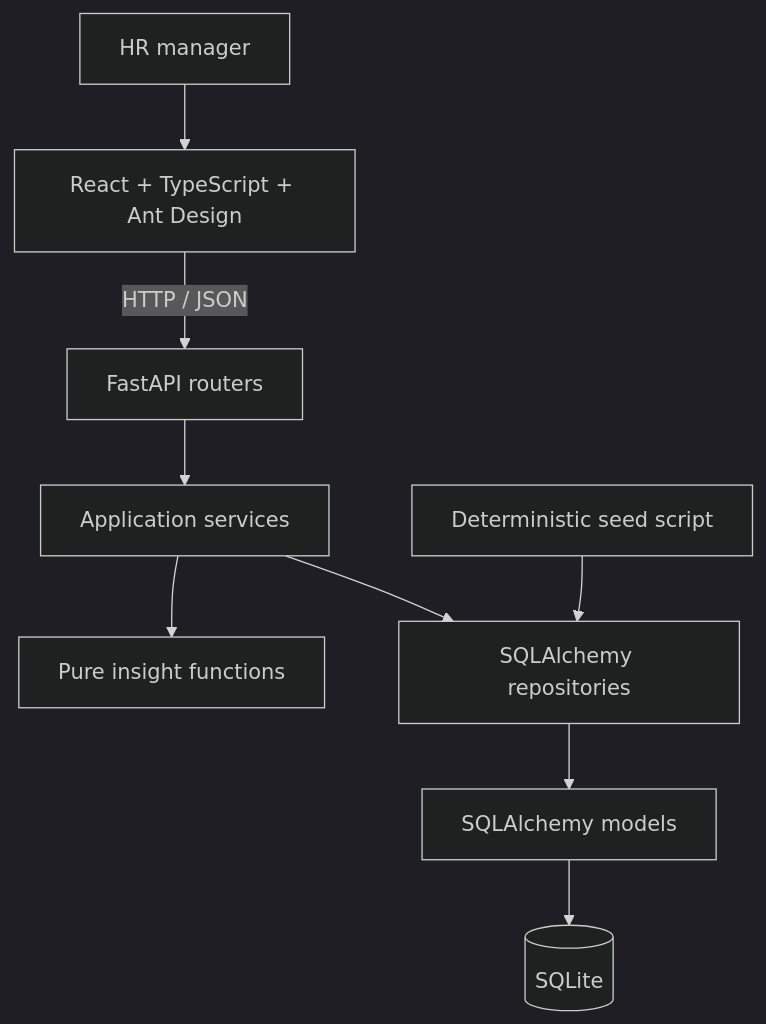
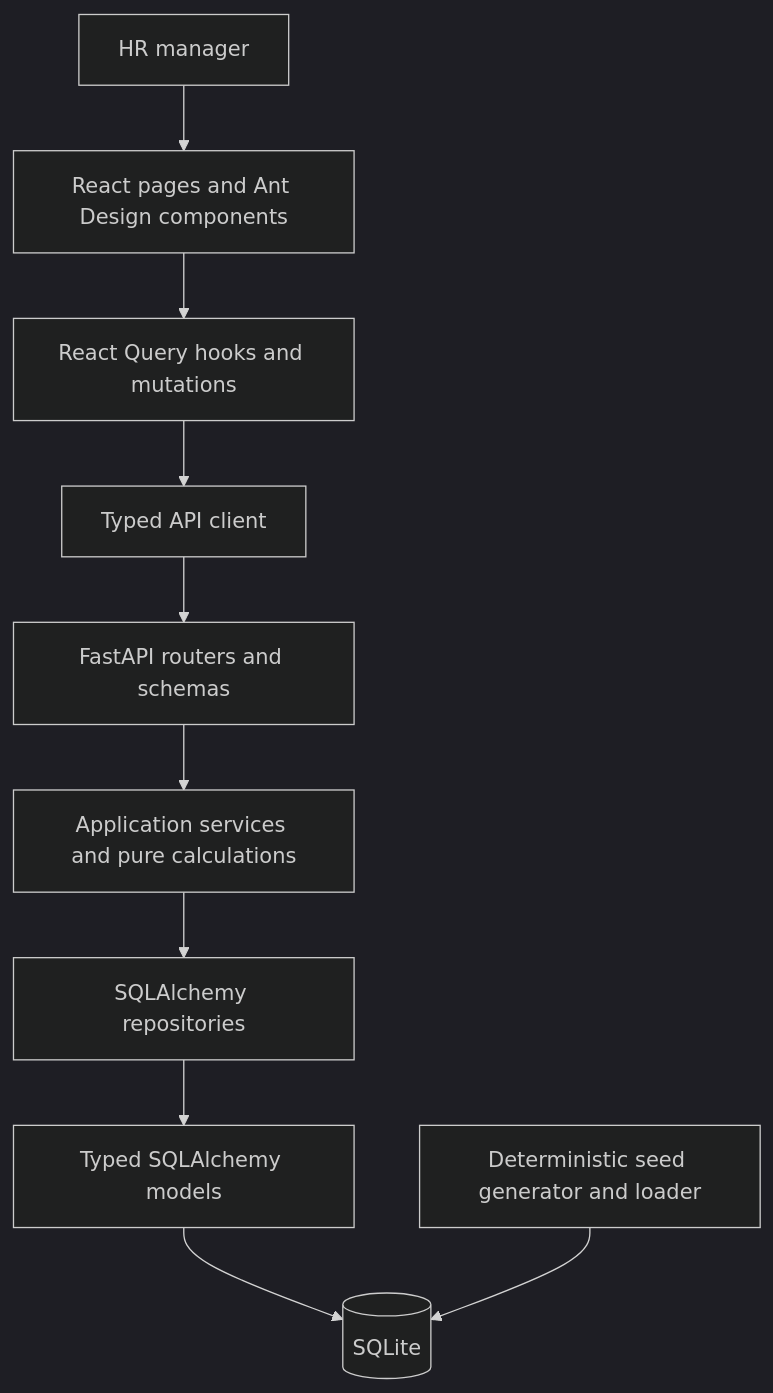
The diagram in artifacts/arch.md (deepkokje/StaffSense), drawn with Mermaid (dark theme) before and after one commit. The commit also changed other lines of this file and 62 other files, not shown here.

````diff
--- a/artifacts/arch.md
+++ b/artifacts/arch.md
@@ -15,11 +19,12 @@
 ```mermaid
 flowchart TD
-    HR[HR manager] --> UI[React + TypeScript + Ant Design]
-    UI -->|HTTP / JSON| API[FastAPI routers]
-    API --> Services[Application services]
-    Services --> Insights[Pure insight functions]
+    HR[HR manager] --> UI[React pages and Ant Design components]
+    UI --> Queries[React Query hooks and mutations]
+    Queries --> Client[Typed API client]
+    Client --> Routers[FastAPI routers and schemas]
+    Routers --> Services[Application services and pure calculations]
     Services --> Repositories[SQLAlchemy repositories]
-    Repositories --> Models[SQLAlchemy models]
+    Repositories --> Models[Typed SQLAlchemy models]
     Models --> DB[(SQLite)]
-    Seed[Deterministic seed script] --> Repositories
+    Seed[Deterministic seed generator and loader] --> DB
 ```
````
